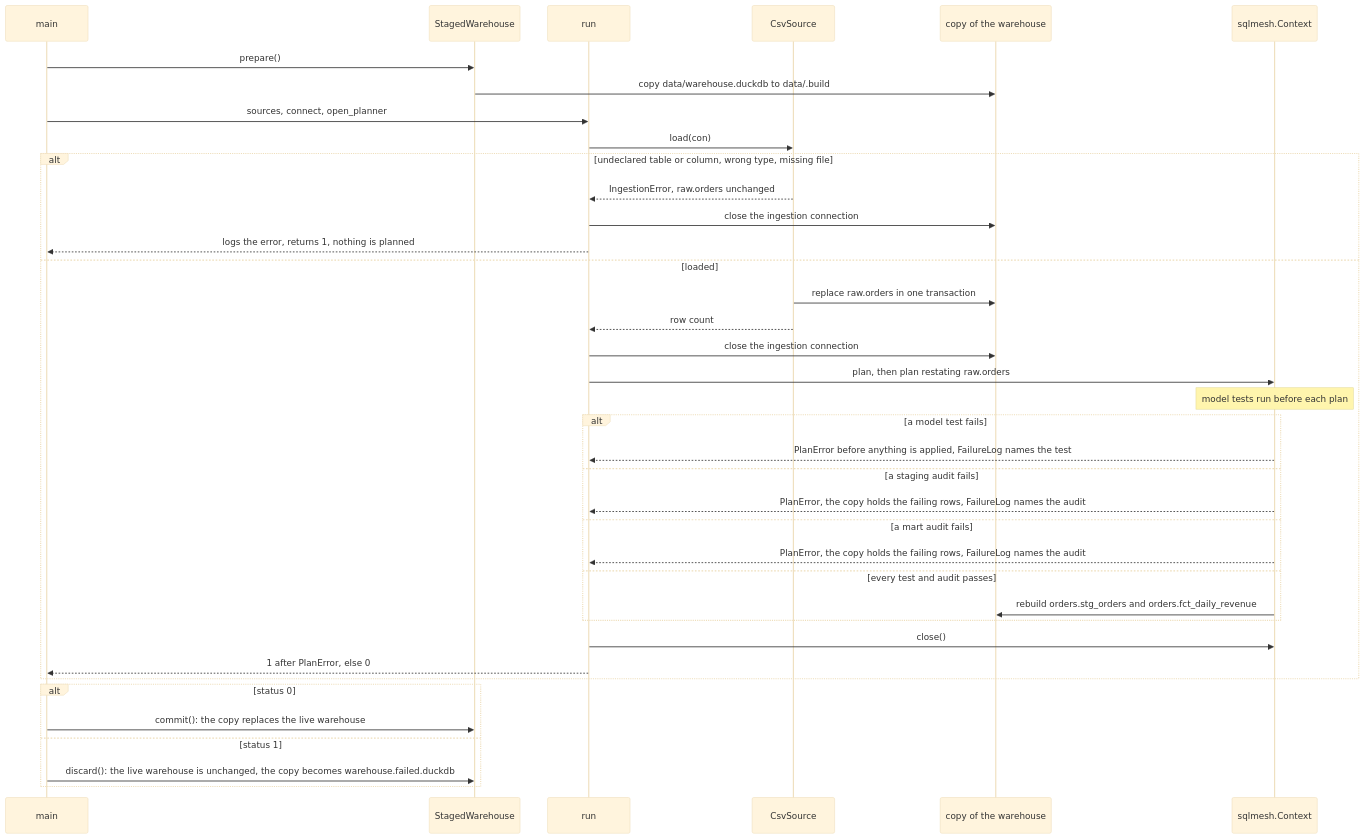
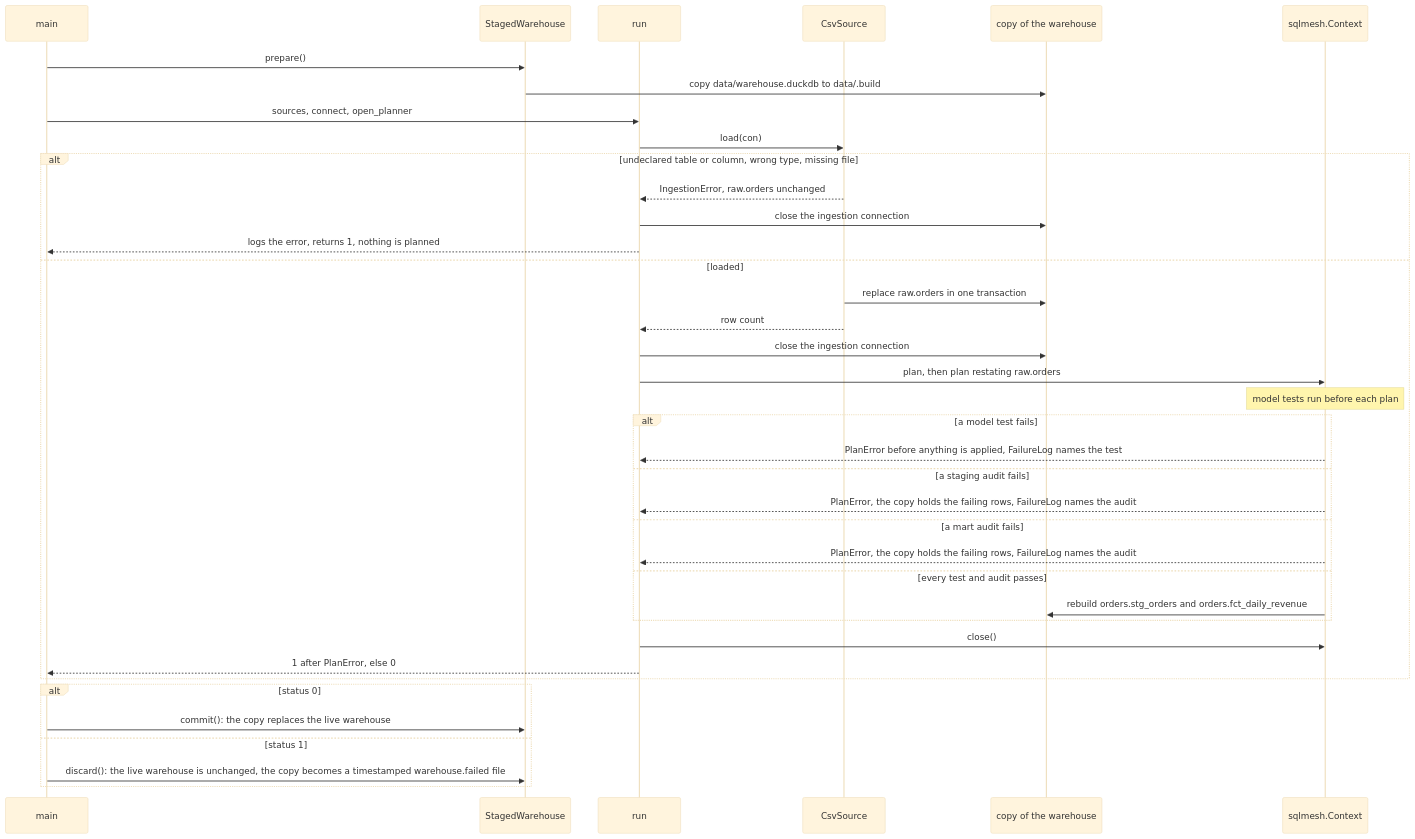
The fourth of 4 diagrams in docs/design.md (CarlosSolrac/template-sqlmesh-duckdb), drawn with Mermaid (base theme) before and after one commit. The commit also changed other lines of this file and 2 other files, not shown here.

Commit message:
Document the failed-copy retention, the first-party setting and the model-test check

````diff
--- a/docs/design.md
+++ b/docs/design.md
@@ -332,40 +336,40 @@
 ```mermaid
 sequenceDiagram
     participant Main as main
     participant Stage as StagedWarehouse
     participant Run as run
     participant Csv as CsvSource
     participant DB as copy of the warehouse
     participant SQLMesh as sqlmesh.Context
     Main->>Stage: prepare()
     Stage->>DB: copy data/warehouse.duckdb to data/.build
     Main->>Run: sources, connect, open_planner
     Run->>Csv: load(con)
     alt undeclared table or column, wrong type, missing file
         Csv-->>Run: IngestionError, raw.orders unchanged
         Run->>DB: close the ingestion connection
         Run-->>Main: logs the error, returns 1, nothing is planned
     else loaded
         Csv->>DB: replace raw.orders in one transaction
         Csv-->>Run: row count
         Run->>DB: close the ingestion connection
         Run->>SQLMesh: plan, then plan restating raw.orders
         Note over SQLMesh: model tests run before each plan
         alt a model test fails
             SQLMesh-->>Run: PlanError before anything is applied, FailureLog names the test
         else a staging audit fails
             SQLMesh-->>Run: PlanError, the copy holds the failing rows, FailureLog names the audit
         else a mart audit fails
             SQLMesh-->>Run: PlanError, the copy holds the failing rows, FailureLog names the audit
         else every test and audit passes
             SQLMesh->>DB: rebuild orders.stg_orders and orders.fct_daily_revenue
         end
         Run->>SQLMesh: close()
         Run-->>Main: 1 after PlanError, else 0
     end
     alt status 0
         Main->>Stage: commit(): the copy replaces the live warehouse
     else status 1
-        Main->>Stage: discard(): the live warehouse is unchanged, the copy becomes warehouse.failed.duckdb
+        Main->>Stage: discard(): the live warehouse is unchanged, the copy becomes a timestamped warehouse.failed file
     end
 ```
````
